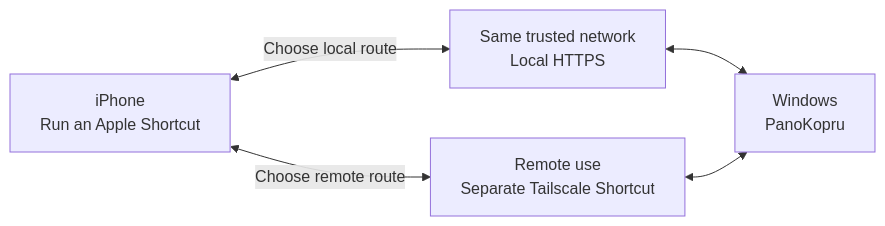
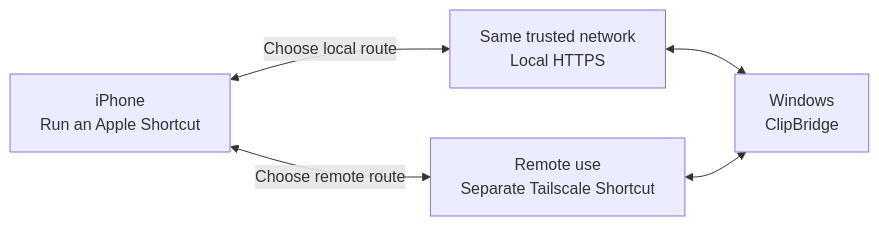
Before and after one commit to LionKing53/ClipBridge: the diagram in README.md, drawn with Mermaid. The commit also changed other lines of this file and 99 other files, not shown here.

Commit message:
Rebrand application as ClipBridge with protected legacy identities

````diff
--- a/README.md
+++ b/README.md
@@ -47,11 +51,11 @@
 ```mermaid
 flowchart LR
     I["iPhone<br/>Run an Apple Shortcut"]
     L["Same trusted network<br/>Local HTTPS"]
     T["Remote use<br/>Separate Tailscale Shortcut"]
-    W["Windows<br/>PanoKopru"]
+    W["Windows<br/>ClipBridge"]
     I <-->|"Choose local route"| L
     I <-->|"Choose remote route"| T
     L <--> W
     T <--> W
 ```
````
